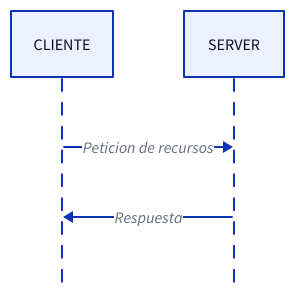
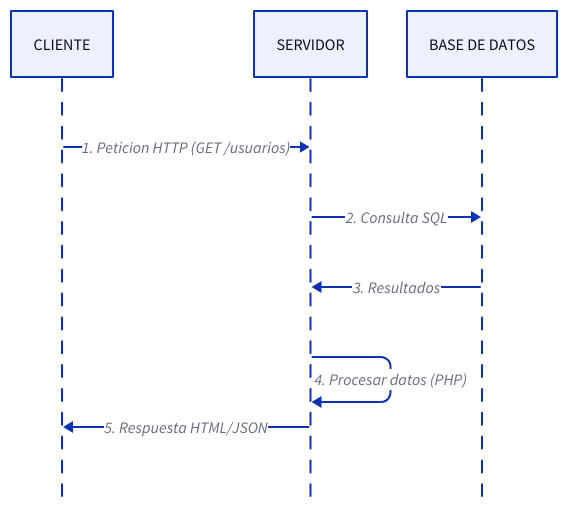
One commit to hesitorremitos/backend-docs changed the diagram in src/content/docs/server-programming/01-what-is.mdx. Above: the diagram before and after it, drawn with D2. The commit also changed other lines of this file and 9 other files, not shown here.

````diff
--- a/src/content/docs/server-programming/01-what-is.mdx
+++ b/src/content/docs/server-programming/01-what-is.mdx
@@ -9,10 +13,15 @@
 ```d2 pad=30
 shape: sequence_diagram
 client: CLIENTE
-server: SERVER
+server: SERVIDOR
 
-# (*->*).style.animated: true
-client->server: Peticion de recursos
-server->client: Respuesta
+database: BASE DE DATOS
+
+client->server: 1. Peticion HTTP (GET /usuarios)
+server->database: 2. Consulta SQL
+
+database->server: 3. Resultados
+server->server: 4. Procesar datos (PHP)
+server->client: 5. Respuesta HTML/JSON
 
 ```
````
